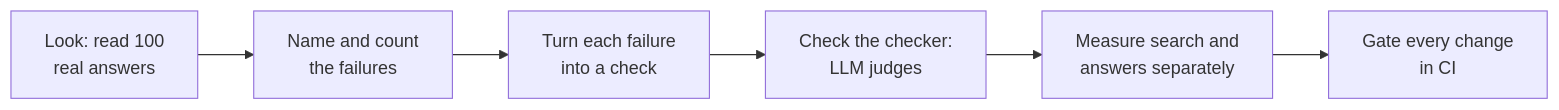
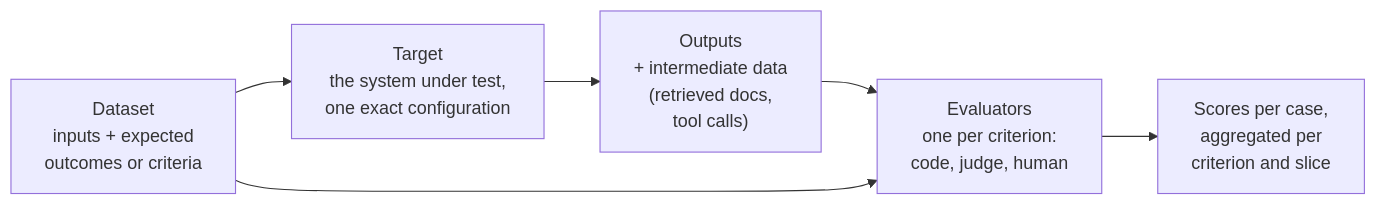
One commit to shubamchaudhary/CodeNITW changed the second of 7 diagrams in src/Data/aiStackDocs/CH-08.md. Above: the diagram before and after it, drawn with Mermaid. The commit also changed other lines of this file and 5 other files, not shown here.

First line of the commit message:
AI Stack: evals section rewritten concept-first, with a mind map

````diff
--- a/src/Data/aiStackDocs/CH-08.md
+++ b/src/Data/aiStackDocs/CH-08.md
@@ -5,8 +46,8 @@
 ```mermaid
 flowchart LR
-    A["Look: read 100<br/>real answers"] --> B["Name and count<br/>the failures"]
-    B --> C["Turn each failure<br/>into a check"]
-    C --> D["Check the checker:<br/>LLM judges"]
-    D --> E["Measure search and<br/>answers separately"]
-    E --> F["Gate every change<br/>in CI"]
+    D["Dataset<br/>inputs + expected<br/>outcomes or criteria"] --> T["Target<br/>the system under test,<br/>one exact configuration"]
+    T --> O["Outputs<br/>+ intermediate data<br/>(retrieved docs,<br/>tool calls)"]
+    O --> G["Evaluators<br/>one per criterion:<br/>code, judge, human"]
+    D --> G
+    G --> S["Scores per case,<br/>aggregated per<br/>criterion and slice"]
 ```
````
